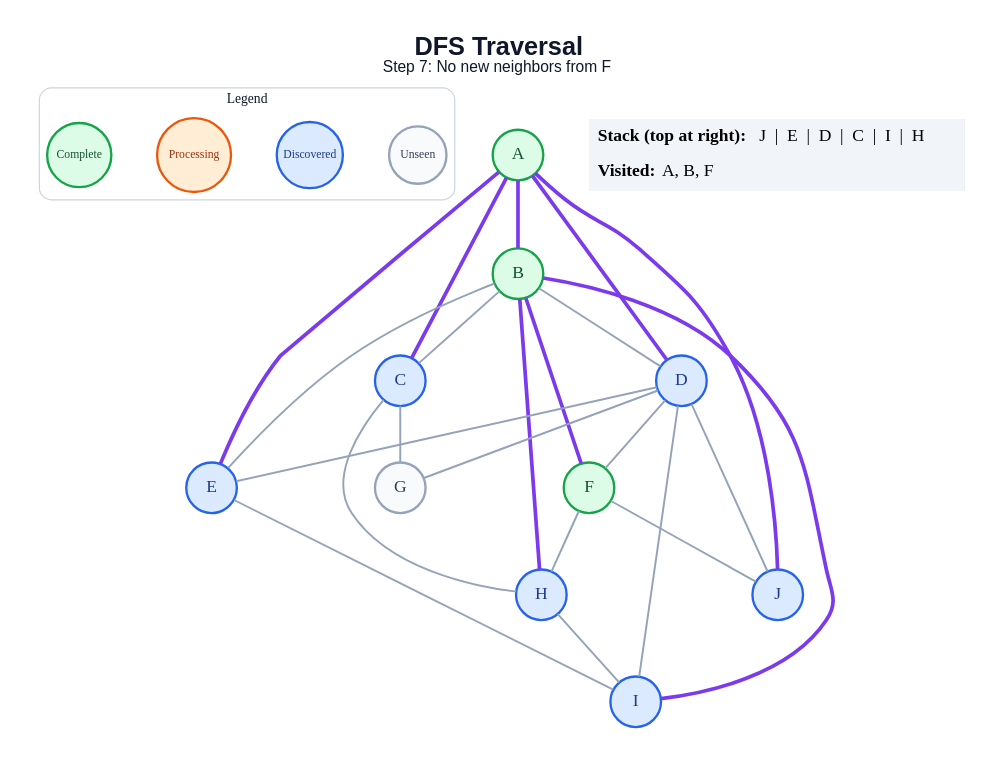
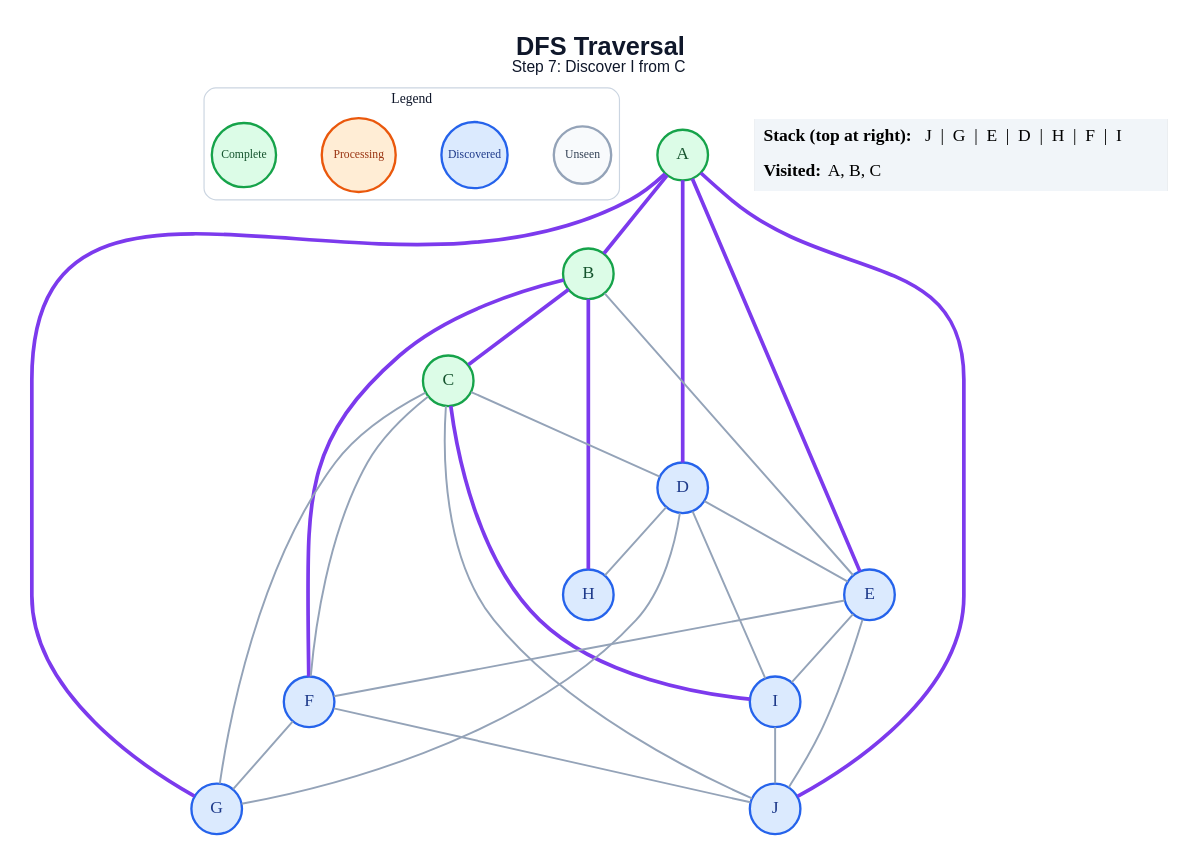
One commit to anon7238593-create/ai-slop changed the diagram in generated/dfs/step_07.dot. Above: the diagram before and after it, drawn with Graphviz. The commit also changed 178 other files, not shown here.

```diff
--- a/generated/dfs/step_07.dot
+++ b/generated/dfs/step_07.dot
@@ -1,51 +1,53 @@
 graph traversal {
   graph [layout=dot, rankdir=TB, bgcolor="#FFFFFF", pad="0.35", nodesep="0.65", ranksep="0.8", fontname="Arial"];
   node [shape=circle, style="filled", fontname="Arial Bold", fontsize=18, width=0.72, fixedsize=true, penwidth=2.4];
   edge [color="#94A3B8", penwidth=2.0];
-  label=<<B>DFS Traversal</B><BR/><FONT POINT-SIZE="16">Step 7: No new neighbors from F</FONT>>; labelloc="t"; fontsize=26; fontname="Arial"; fontcolor="#0F172A";
+  label=<<B>DFS Traversal</B><BR/><FONT POINT-SIZE="16">Step 7: Discover I from C</FONT>>; labelloc="t"; fontsize=26; fontname="Arial"; fontcolor="#0F172A";
   subgraph cluster_legend { label="Legend"; color="#CBD5E1"; penwidth=1.2; style="rounded"; fontsize=14; fontname="Arial Bold";
     key_unseen [label="Unseen", fillcolor="#F8FAFC", color="#94A3B8", fontcolor="#334155", fontsize=12, width=0.82];
     key_frontier [label="Discovered", fillcolor="#DBEAFE", color="#2563EB", fontcolor="#1E3A8A", fontsize=12, width=0.95];
     key_current [label="Processing", fillcolor="#FFEDD5", color="#EA580C", fontcolor="#9A3412", fontsize=12, width=1.05];
     key_done [label="Complete", fillcolor="#DCFCE7", color="#16A34A", fontcolor="#14532D", fontsize=12, width=0.92];
     { rank=same; key_unseen; key_frontier; key_current; key_done; }
   }
   A [fillcolor="#DCFCE7", color="#16A34A", fontcolor="#14532D"];
   B [fillcolor="#DCFCE7", color="#16A34A", fontcolor="#14532D"];
-  C [fillcolor="#DBEAFE", color="#2563EB", fontcolor="#1E3A8A"];
+  C [fillcolor="#DCFCE7", color="#16A34A", fontcolor="#14532D"];
   D [fillcolor="#DBEAFE", color="#2563EB", fontcolor="#1E3A8A"];
   E [fillcolor="#DBEAFE", color="#2563EB", fontcolor="#1E3A8A"];
-  F [fillcolor="#DCFCE7", color="#16A34A", fontcolor="#14532D"];
-  G [fillcolor="#F8FAFC", color="#94A3B8", fontcolor="#334155"];
+  F [fillcolor="#DBEAFE", color="#2563EB", fontcolor="#1E3A8A"];
+  G [fillcolor="#DBEAFE", color="#2563EB", fontcolor="#1E3A8A"];
   H [fillcolor="#DBEAFE", color="#2563EB", fontcolor="#1E3A8A"];
   I [fillcolor="#DBEAFE", color="#2563EB", fontcolor="#1E3A8A"];
   J [fillcolor="#DBEAFE", color="#2563EB", fontcolor="#1E3A8A"];
   A -- B [color="#7C3AED", penwidth=3.8];
-  A -- C [color="#7C3AED", penwidth=3.8];
   A -- D [color="#7C3AED", penwidth=3.8];
   A -- E [color="#7C3AED", penwidth=3.8];
+  A -- G [color="#7C3AED", penwidth=3.8];
   A -- J [color="#7C3AED", penwidth=3.8];
-  B -- C;
-  B -- D;
+  B -- C [color="#7C3AED", penwidth=3.8];
   B -- E;
   B -- F [color="#7C3AED", penwidth=3.8];
   B -- H [color="#7C3AED", penwidth=3.8];
-  B -- I [color="#7C3AED", penwidth=3.8];
+  C -- D;
+  C -- F;
   C -- G;
-  C -- H;
+  C -- I [color="#7C3AED", penwidth=3.8];
+  C -- J;
   D -- E;
-  D -- F;
   D -- G;
+  D -- H;
   D -- I;
-  D -- J;
+  E -- F;
   E -- I;
-  F -- H;
+  E -- J;
+  F -- G;
   F -- J;
-  H -- I;
+  I -- J;
   status [shape=plain, fixedsize=false, width=0, height=0, margin=0, label=<
     <TABLE BORDER="0" CELLBORDER="0" CELLPADDING="7" BGCOLOR="#F1F5F9">
-      <TR><TD ALIGN="LEFT"><B>Stack (top at right):</B> J  |  E  |  D  |  C  |  I  |  H</TD></TR>
-      <TR><TD ALIGN="LEFT"><B>Visited:</B> A, B, F</TD></TR>
+      <TR><TD ALIGN="LEFT"><B>Stack (top at right):</B> J  |  G  |  E  |  D  |  H  |  F  |  I</TD></TR>
+      <TR><TD ALIGN="LEFT"><B>Visited:</B> A, B, C</TD></TR>
     </TABLE>
   >];
 }
```
